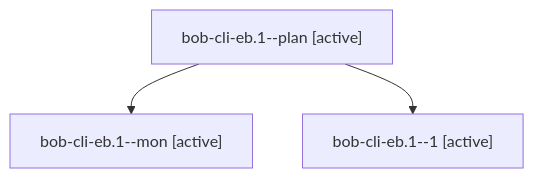
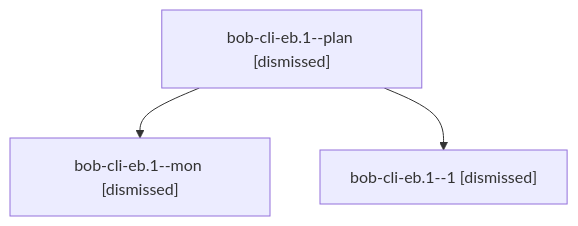
One commit to bobs-org/bob-cli--agents changed the diagram in sessions/bbugyi200.apollo.bob-cli-eb.1.md. Above: the diagram before and after it, drawn with Mermaid. The commit also changed other lines of this file and 256 other files, not shown here.

````diff
--- a/sessions/bbugyi200.apollo.bob-cli-eb.1.md
+++ b/sessions/bbugyi200.apollo.bob-cli-eb.1.md
@@ -9,8 +9,8 @@
 ```mermaid
 flowchart TD
-  n0["bob-cli-eb.1--plan [active]"]
-  n1["bob-cli-eb.1--mon [active]"]
+  n0["bob-cli-eb.1--plan [dismissed]"]
+  n1["bob-cli-eb.1--mon [dismissed]"]
   n0 --> n1
-  n2["bob-cli-eb.1--1 [active]"]
+  n2["bob-cli-eb.1--1 [dismissed]"]
   n0 --> n2
 ```
````
